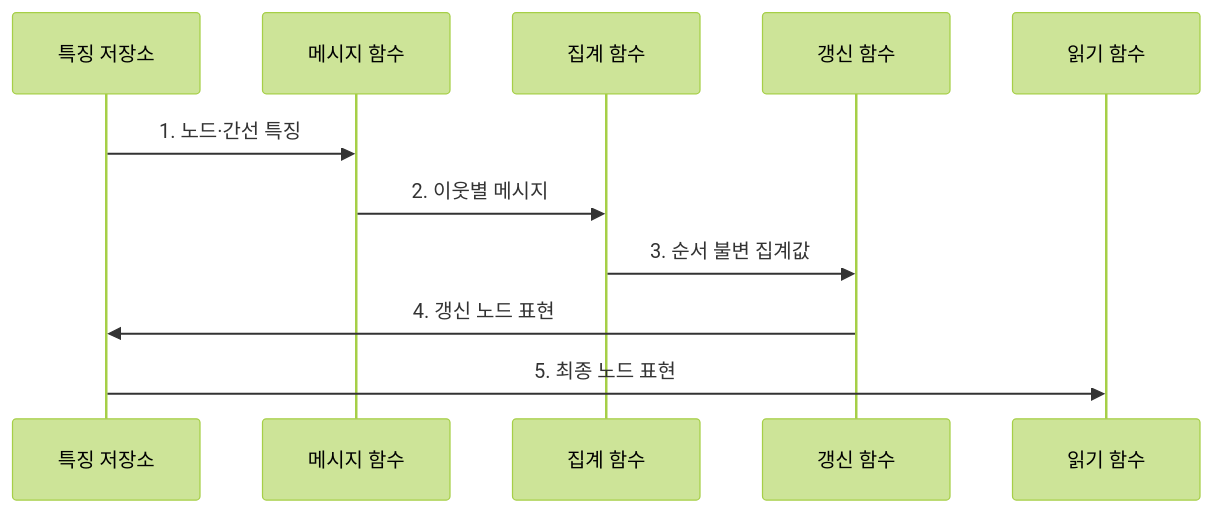
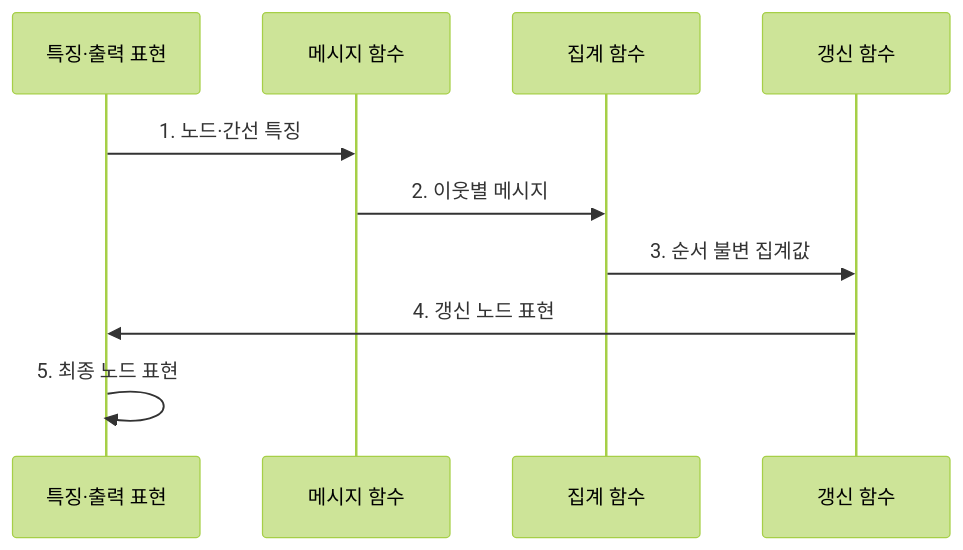
One commit to agnusdei1207/knowledge-base changed the second of 2 diagrams in src/content/docs/notes/08-latest-tech/094_graph_neural_network.md. Above: the diagram before and after it, drawn with Mermaid (forest theme). The commit also changed 8 other files, not shown here.

Commit message:
Focus AI evaluation and reasoning flows

````diff
--- a/src/content/docs/notes/08-latest-tech/094_graph_neural_network.md
+++ b/src/content/docs/notes/08-latest-tech/094_graph_neural_network.md
@@ -105,13 +105,12 @@
 ```mermaid
 sequenceDiagram
-  participant F as 특징 저장소
+  participant F as 특징·출력 표현
   participant M as 메시지 함수
   participant A as 집계 함수
   participant U as 갱신 함수
-  participant R as 읽기 함수
   F->>M: 1. 노드·간선 특징
   M->>A: 2. 이웃별 메시지
   A->>U: 3. 순서 불변 집계값
   U->>F: 4. 갱신 노드 표현
-  F->>R: 5. 최종 노드 표현
+  F->>F: 5. 최종 노드 표현
 ```
````
